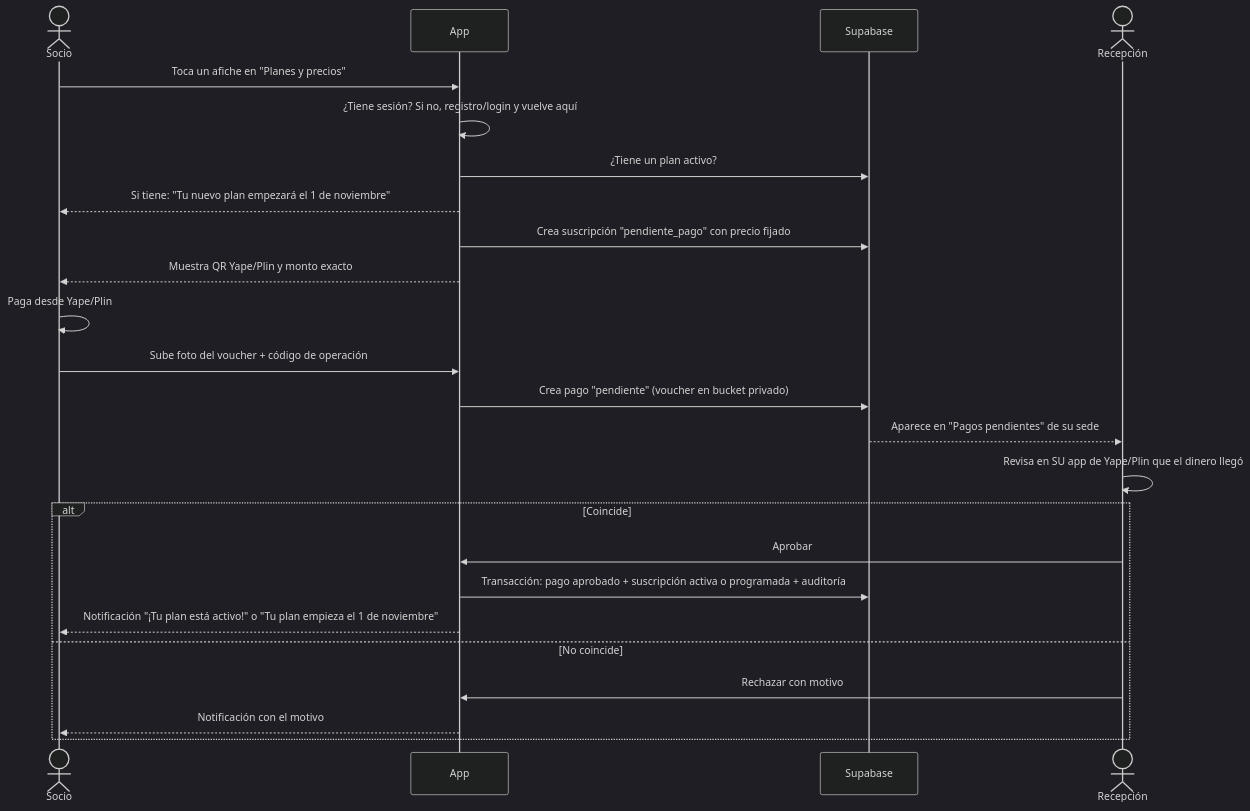
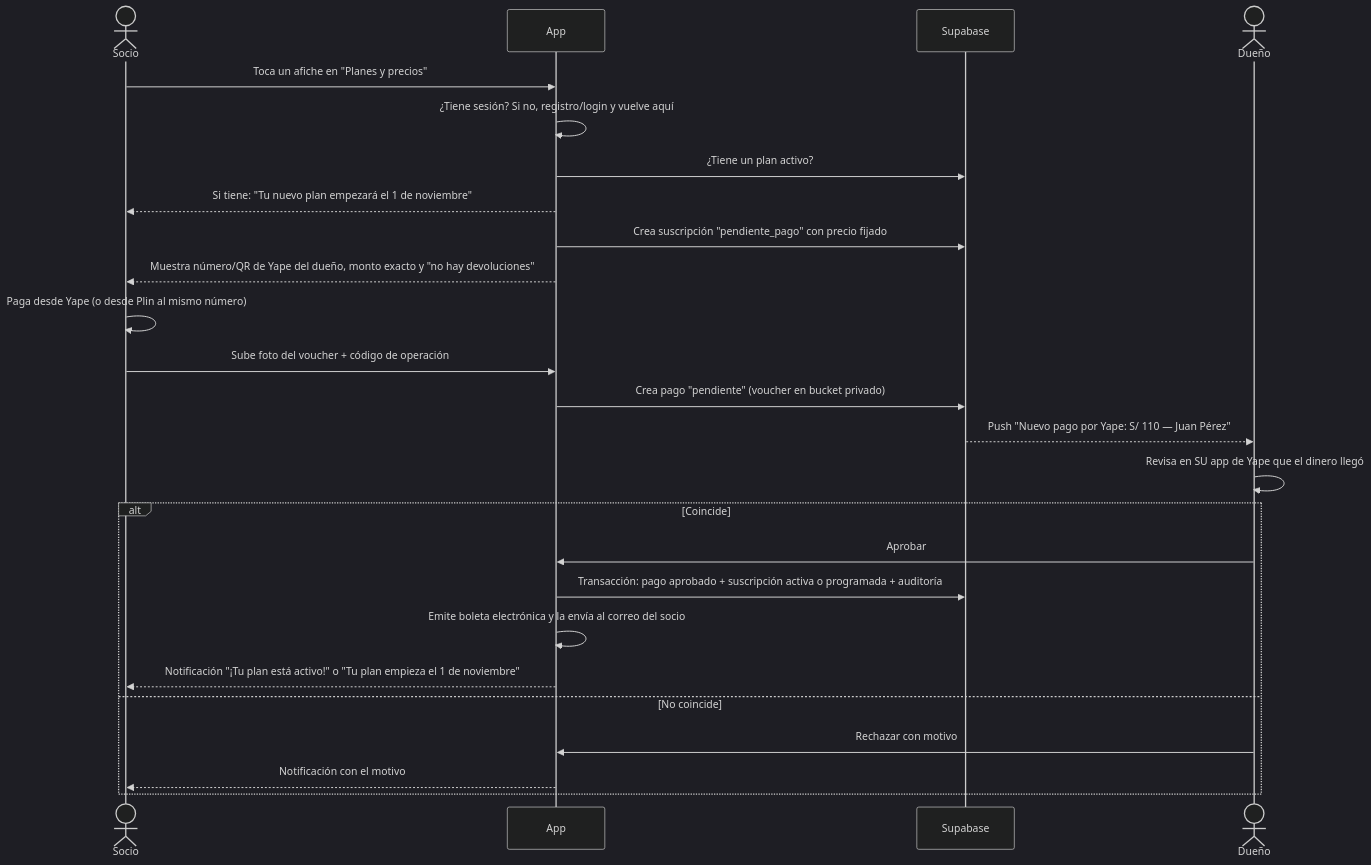
The second of 2 diagrams in PLAN.md (BernardoCOD/aula-ia-cientifica), drawn with Mermaid (dark theme) before and after one commit. The commit also changed other lines of this file and 1 other file, not shown here.

````diff
--- a/PLAN.md
+++ b/PLAN.md
@@ -504,26 +587,27 @@
 ```mermaid
 sequenceDiagram
     actor S as Socio
     participant App
     participant BD as Supabase
-    actor R as Recepción
+    actor D as Dueño
     S->>App: Toca un afiche en "Planes y precios"
     App->>App: ¿Tiene sesión? Si no, registro/login y vuelve aquí
     App->>BD: ¿Tiene un plan activo?
     App-->>S: Si tiene: "Tu nuevo plan empezará el 1 de noviembre"
     App->>BD: Crea suscripción "pendiente_pago" con precio fijado
-    App-->>S: Muestra QR Yape/Plin y monto exacto
-    S->>S: Paga desde Yape/Plin
+    App-->>S: Muestra número/QR de Yape del dueño, monto exacto y "no hay devoluciones"
+    S->>S: Paga desde Yape (o desde Plin al mismo número)
     S->>App: Sube foto del voucher + código de operación
     App->>BD: Crea pago "pendiente" (voucher en bucket privado)
-    BD-->>R: Aparece en "Pagos pendientes" de su sede
-    R->>R: Revisa en SU app de Yape/Plin que el dinero llegó
+    BD-->>D: Push "Nuevo pago por Yape: S/ 110 — Juan Pérez"
+    D->>D: Revisa en SU app de Yape que el dinero llegó
     alt Coincide
-        R->>App: Aprobar
+        D->>App: Aprobar
         App->>BD: Transacción: pago aprobado + suscripción activa o programada + auditoría
+        App->>App: Emite boleta electrónica y la envía al correo del socio
         App-->>S: Notificación "¡Tu plan está activo!" o "Tu plan empieza el 1 de noviembre"
     else No coincide
-        R->>App: Rechazar con motivo
+        D->>App: Rechazar con motivo
         App-->>S: Notificación con el motivo
     end
 ```
````
